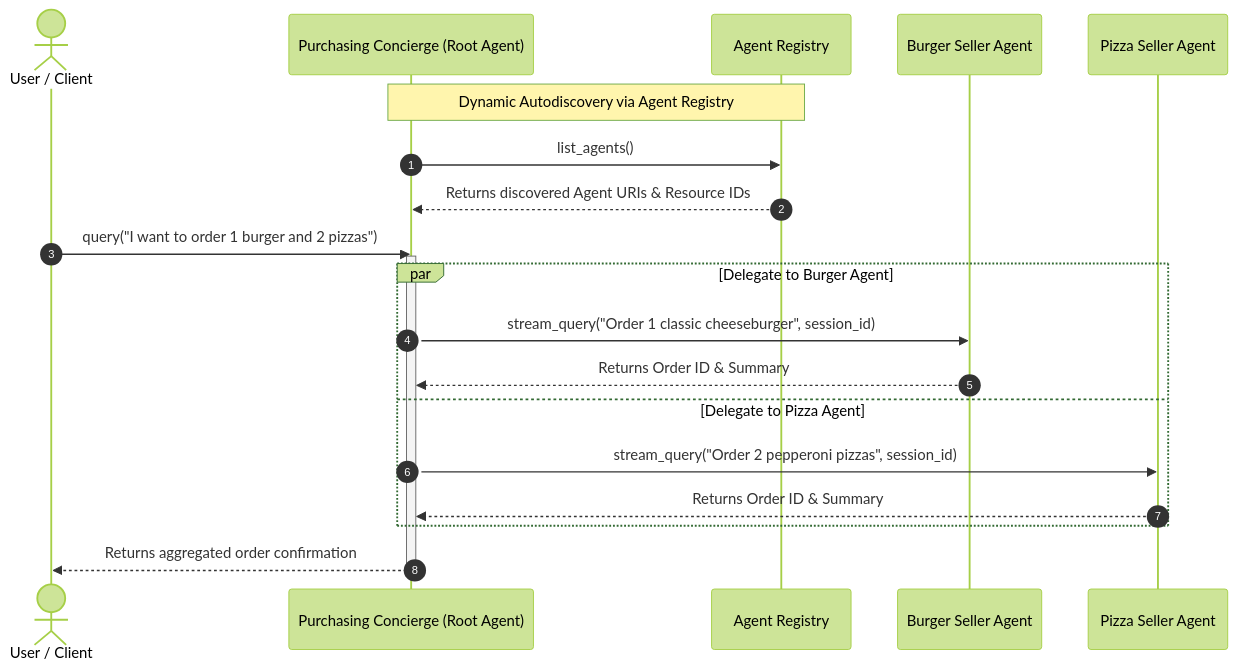
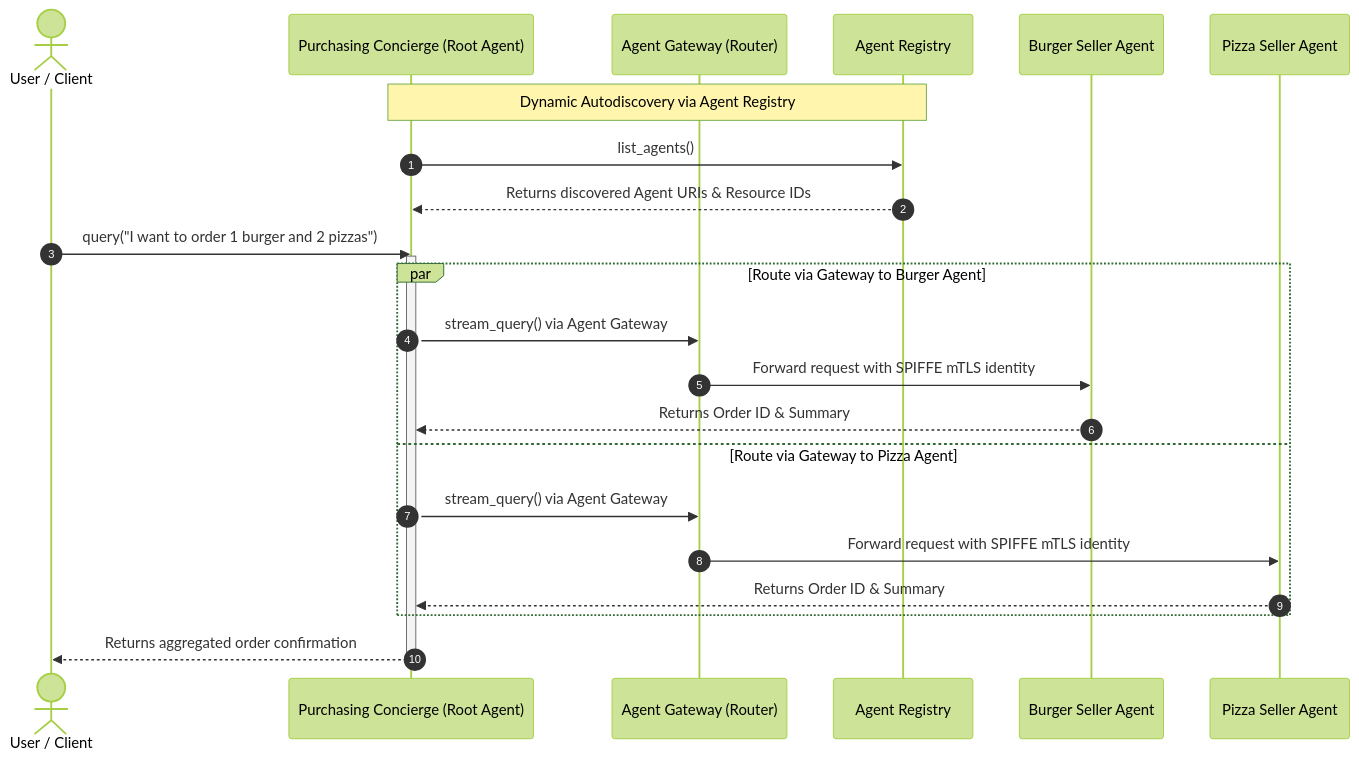
The diagram in README.md (demichael4520/cross-project-multiagent), drawn with Mermaid (forest theme) before and after one commit. The commit also changed other lines of this file, not shown here.

Commit message:
Update README to detail Agent Gateway routing and --gateway-name portability for both seller agents and purchasing concierge

````diff
--- a/README.md
+++ b/README.md
@@ -11,27 +11,30 @@
 ```mermaid
 sequenceDiagram
     autonumber
     actor Client as User / Client
     participant Concierge as Purchasing Concierge (Root Agent)
+    participant Gateway as Agent Gateway (Router)
     participant Registry as Agent Registry
     participant Burger as Burger Seller Agent
     participant Pizza as Pizza Seller Agent
 
     Note over Concierge,Registry: Dynamic Autodiscovery via Agent Registry
     Concierge->>Registry: list_agents()
     Registry-->>Concierge: Returns discovered Agent URIs & Resource IDs
 
     Client->>Concierge: query("I want to order 1 burger and 2 pizzas")
     activate Concierge
     
-    par Delegate to Burger Agent
-        Concierge->>Burger: stream_query("Order 1 classic cheeseburger", session_id)
+    par Route via Gateway to Burger Agent
+        Concierge->>Gateway: stream_query() via Agent Gateway
+        Gateway->>Burger: Forward request with SPIFFE mTLS identity
         Burger-->>Concierge: Returns Order ID & Summary
-    and Delegate to Pizza Agent
-        Concierge->>Pizza: stream_query("Order 2 pepperoni pizzas", session_id)
+    and Route via Gateway to Pizza Agent
+        Concierge->>Gateway: stream_query() via Agent Gateway
+        Gateway->>Pizza: Forward request with SPIFFE mTLS identity
         Pizza-->>Concierge: Returns Order ID & Summary
     end
 
     Concierge-->>Client: Returns aggregated order confirmation
     deactivate Concierge
 ```
````
